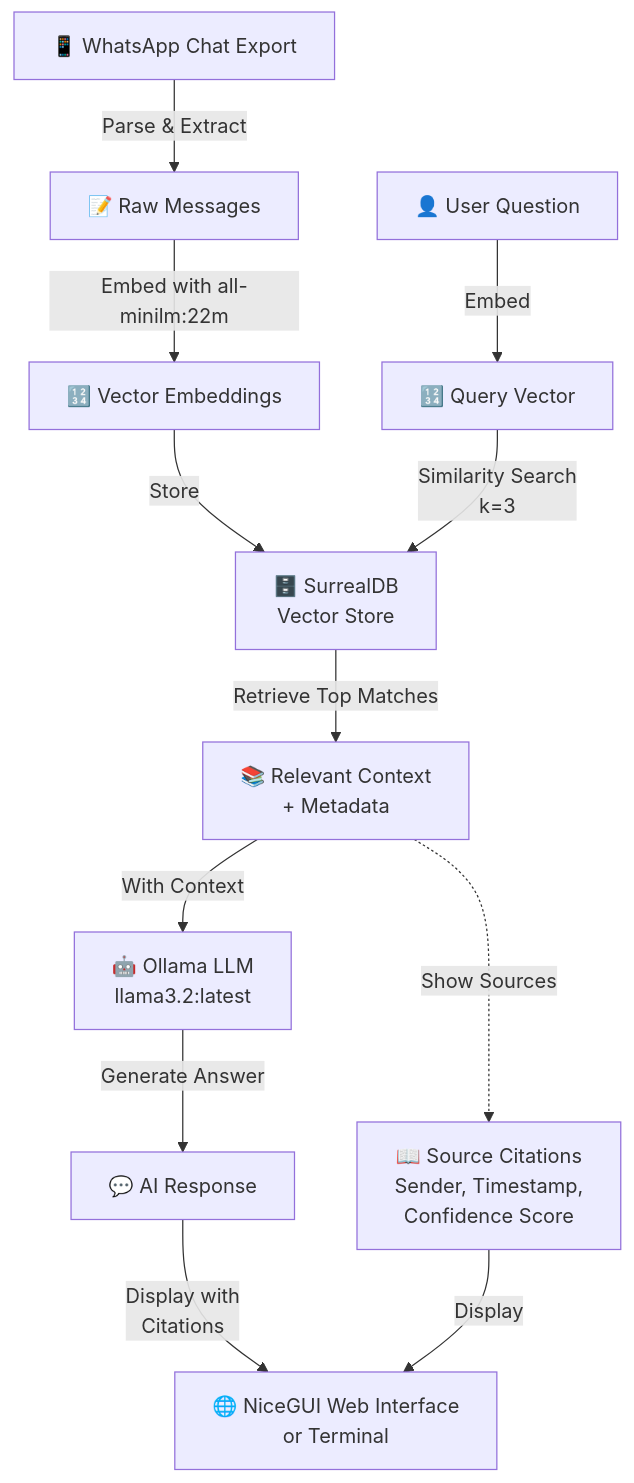
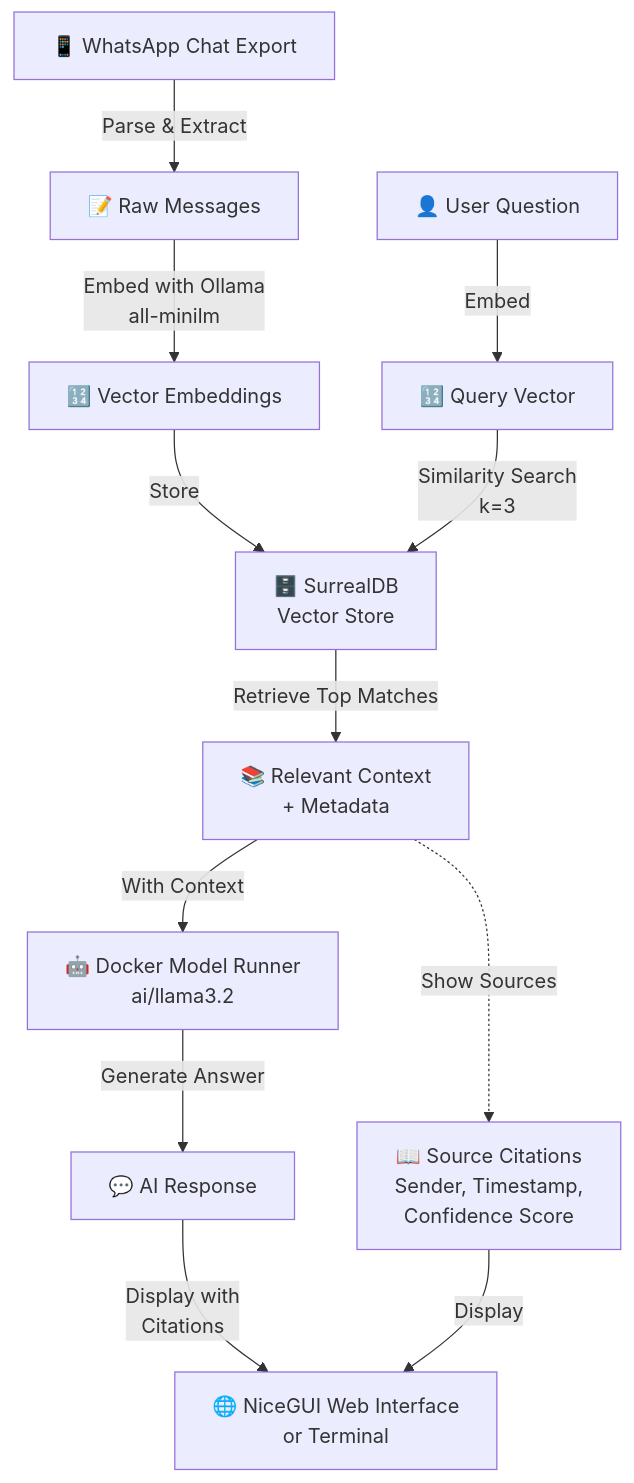
One commit to Raveendiran-RR/surrealdb-rag-demo changed the second of 4 diagrams in README.md. Above: the diagram before and after it, drawn with Mermaid. The commit also changed other lines of this file, not shown here.

````diff
--- a/README.md
+++ b/README.md
@@ -122,18 +206,18 @@
 ```mermaid
 graph TD
     A["📱 WhatsApp Chat Export"] -->|Parse & Extract| B["📝 Raw Messages"]
-    B -->|Embed with all-minilm:22m| C["🔢 Vector Embeddings"]
+    B -->|Embed with Ollama<br/>all-minilm| C["🔢 Vector Embeddings"]
     C -->|Store| D["🗄️ SurrealDB<br/>Vector Store"]
     
     E["👤 User Question"] -->|Embed| F["🔢 Query Vector"]
     F -->|Similarity Search<br/>k=3| D
     D -->|Retrieve Top Matches| G["📚 Relevant Context<br/>+ Metadata"]
     
-    G -->|With Context| H["🤖 Ollama LLM<br/>llama3.2:latest"]
+    G -->|With Context| H["🤖 Docker Model Runner<br/>ai/llama3.2"]
     H -->|Generate Answer| I["💬 AI Response"]
     
     I -->|Display with<br/>Citations| J["🌐 NiceGUI Web Interface<br/>or Terminal"]
     
     G -.->|Show Sources| K["📖 Source Citations<br/>Sender, Timestamp,<br/>Confidence Score"]
     K -->|Display| J
 ```
````
